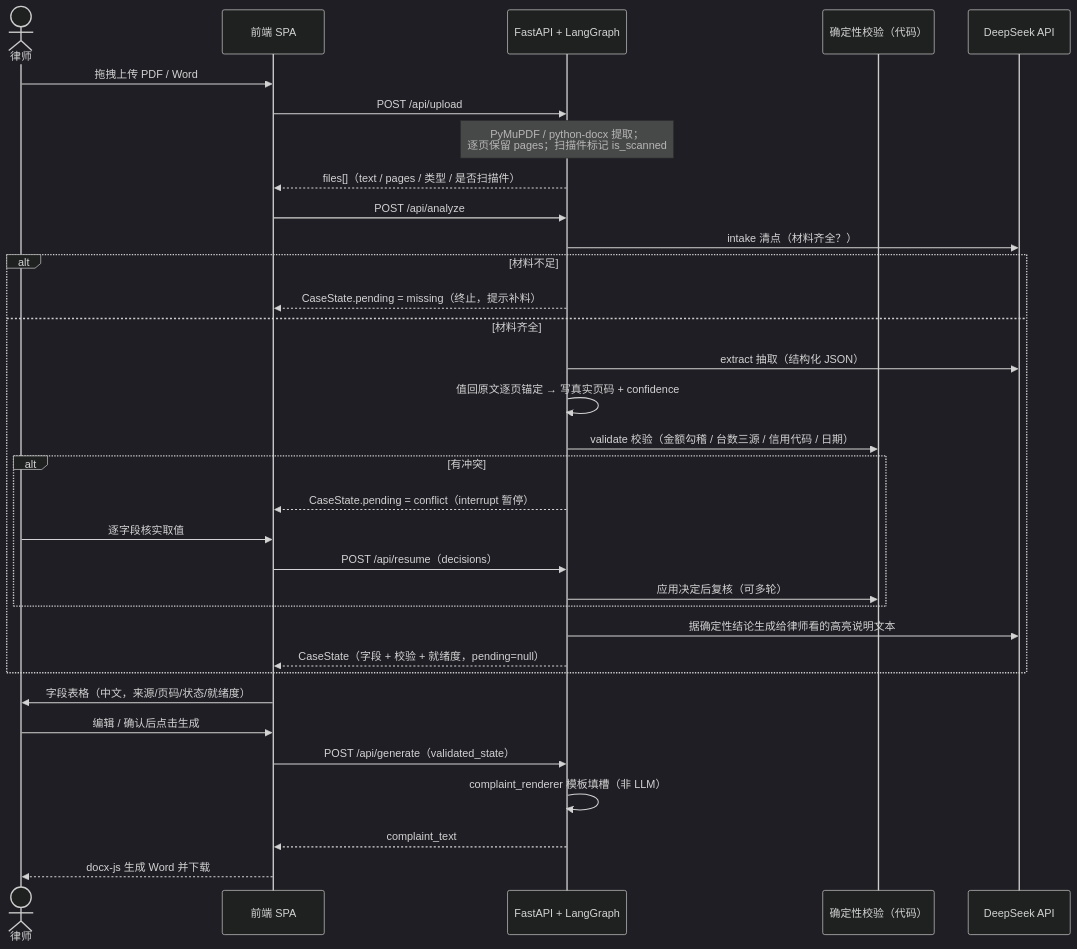
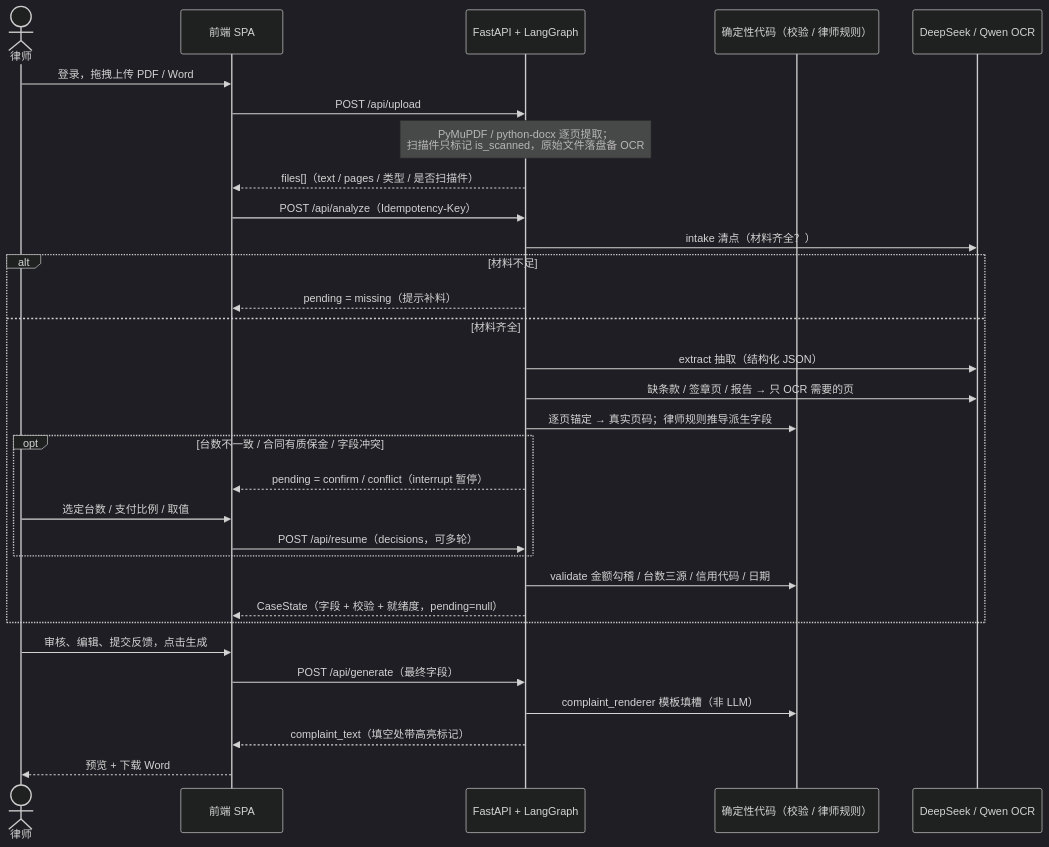
The second of 2 diagrams in README.md (phootako630/legal-doc-gen), drawn with Mermaid (dark theme) before and after one commit. The commit also changed other lines of this file and 1 other file, not shown here.

````diff
--- a/README.md
+++ b/README.md
@@ -107,38 +129,36 @@
 ```mermaid
 sequenceDiagram
     actor 律师
     participant FE as 前端 SPA
     participant BE as FastAPI + LangGraph
-    participant CODE as 确定性校验（代码）
-    participant LLM as DeepSeek API
+    participant CODE as 确定性代码（校验 / 律师规则）
+    participant LLM as DeepSeek / Qwen OCR
 
-    律师->>FE: 拖拽上传 PDF / Word
+    律师->>FE: 登录，拖拽上传 PDF / Word
     FE->>BE: POST /api/upload
-    Note over BE: PyMuPDF / python-docx 提取；<br/>逐页保留 pages；扫描件标记 is_scanned
+    Note over BE: PyMuPDF / python-docx 逐页提取；<br/>扫描件只标记 is_scanned，原始文件落盘备 OCR
     BE-->>FE: files[]（text / pages / 类型 / 是否扫描件）
 
-    FE->>BE: POST /api/analyze
+    FE->>BE: POST /api/analyze（Idempotency-Key）
     BE->>LLM: intake 清点（材料齐全？）
     alt 材料不足
-        BE-->>FE: CaseState.pending = missing（终止，提示补料）
+        BE-->>FE: pending = missing（提示补料）
     else 材料齐全
         BE->>LLM: extract 抽取（结构化 JSON）
-        BE->>BE: 值回原文逐页锚定 → 写真实页码 + confidence
-        BE->>CODE: validate 校验（金额勾稽 / 台数三源 / 信用代码 / 日期）
-        alt 有冲突
-            BE-->>FE: CaseState.pending = conflict（interrupt 暂停）
-            律师->>FE: 逐字段核实取值
-            FE->>BE: POST /api/resume（decisions）
-            BE->>CODE: 应用决定后复核（可多轮）
+        BE->>LLM: 缺条款 / 签章页 / 报告 → 只 OCR 需要的页
+        BE->>CODE: 逐页锚定 → 真实页码；律师规则推导派生字段
+        opt 台数不一致 / 合同有质保金 / 字段冲突
+            BE-->>FE: pending = confirm / conflict（interrupt 暂停）
+            律师->>FE: 选定台数 / 支付比例 / 取值
+            FE->>BE: POST /api/resume（decisions，可多轮）
         end
-        BE->>LLM: 据确定性结论生成给律师看的高亮说明文本
+        BE->>CODE: validate 金额勾稽 / 台数三源 / 信用代码 / 日期
         BE-->>FE: CaseState（字段 + 校验 + 就绪度，pending=null）
     end
 
-    FE->>律师: 字段表格（中文，来源/页码/状态/就绪度）
-    律师->>FE: 编辑 / 确认后点击生成
-    FE->>BE: POST /api/generate（validated_state）
-    BE->>BE: complaint_renderer 模板填槽（非 LLM）
-    BE-->>FE: complaint_text
-    FE-->>律师: docx-js 生成 Word 并下载
+    律师->>FE: 审核、编辑、提交反馈，点击生成
+    FE->>BE: POST /api/generate（最终字段）
+    BE->>CODE: complaint_renderer 模板填槽（非 LLM）
+    BE-->>FE: complaint_text（填空处带高亮标记）
+    FE-->>律师: 预览 + 下载 Word
 ```
````
